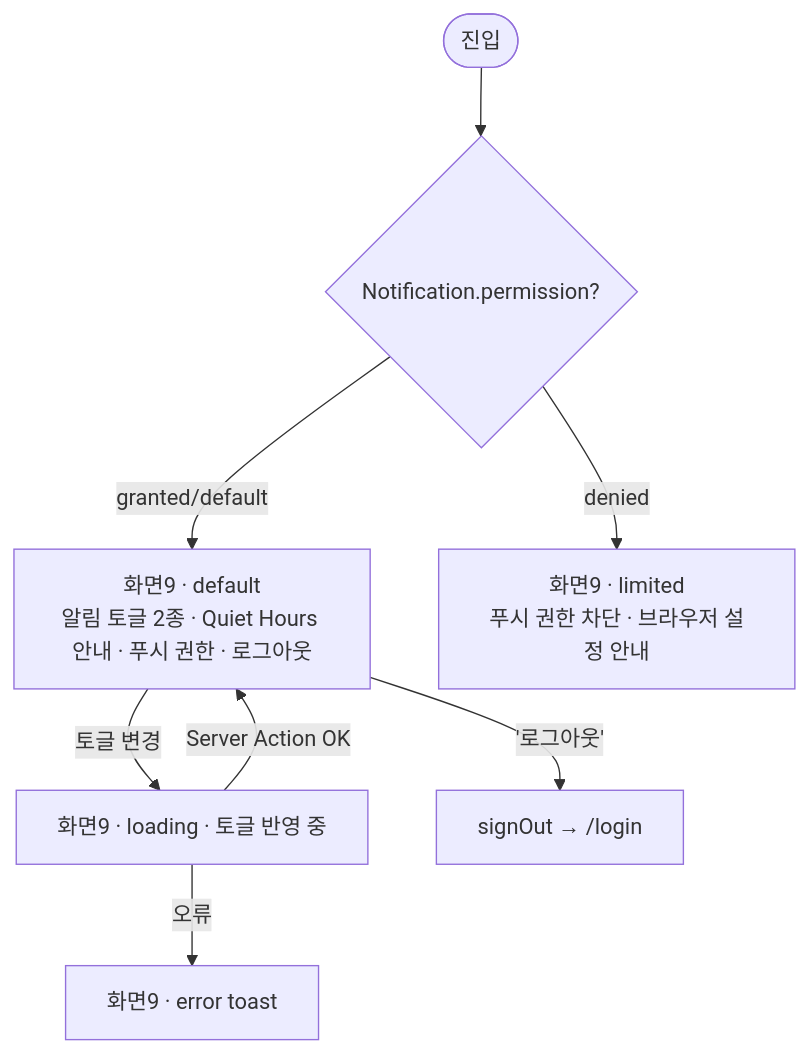
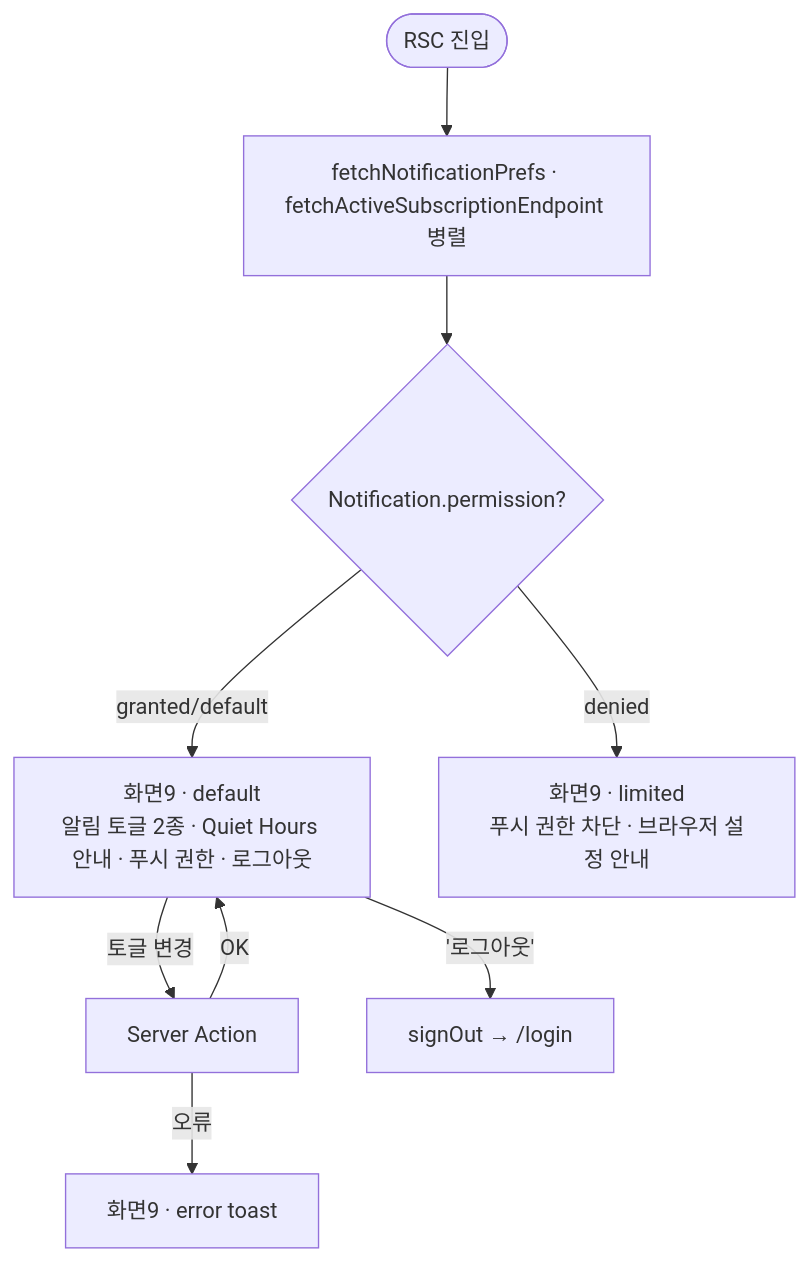
Before and after one commit to pistachio8/with-key-app: the tenth of 13 diagrams in docs/DESIGN_FLOW.md, drawn with Mermaid. The commit also changed other lines of this file, not shown here.

First line of the commit message:
docs(design-flow): sync v1.1 with multi-group / invite / proxy

````diff
--- a/docs/DESIGN_FLOW.md
+++ b/docs/DESIGN_FLOW.md
@@ -257,15 +301,12 @@
 ```mermaid
 flowchart TD
-  S9[화면9 · default<br/>알림 토글 2종 · Quiet Hours 안내 · 푸시 권한 · 로그아웃]
-  S9L[화면9 · loading · 토글 반영 중]
-  S9LT[화면9 · limited<br/>푸시 권한 차단 · 브라우저 설정 안내]
+  Entry([RSC 진입]) --> S9L[fetchNotificationPrefs · fetchActiveSubscriptionEndpoint 병렬]
+  S9L --> S9PermQ{Notification.permission?}
+  S9PermQ -->|granted/default| S9[화면9 · default<br/>알림 토글 2종 · Quiet Hours 안내 · 푸시 권한 · 로그아웃]
+  S9PermQ -->|denied| S9LT[화면9 · limited<br/>푸시 권한 차단 · 브라우저 설정 안내]
 
-  Entry([진입]) --> S9Q{Notification.permission?}
-  S9Q -->|granted/default| S9
-  S9Q -->|denied| S9LT
-
-  S9 -- "토글 변경" --> S9L
-  S9L -->|Server Action OK| S9
-  S9L -->|오류| S9E[화면9 · error toast]
+  S9 -- "토글 변경" --> S9R[Server Action]
+  S9R -->|OK| S9
+  S9R -->|오류| S9E[화면9 · error toast]
   S9 -- "'로그아웃'" --> LO[signOut → /login]
 ```
````
